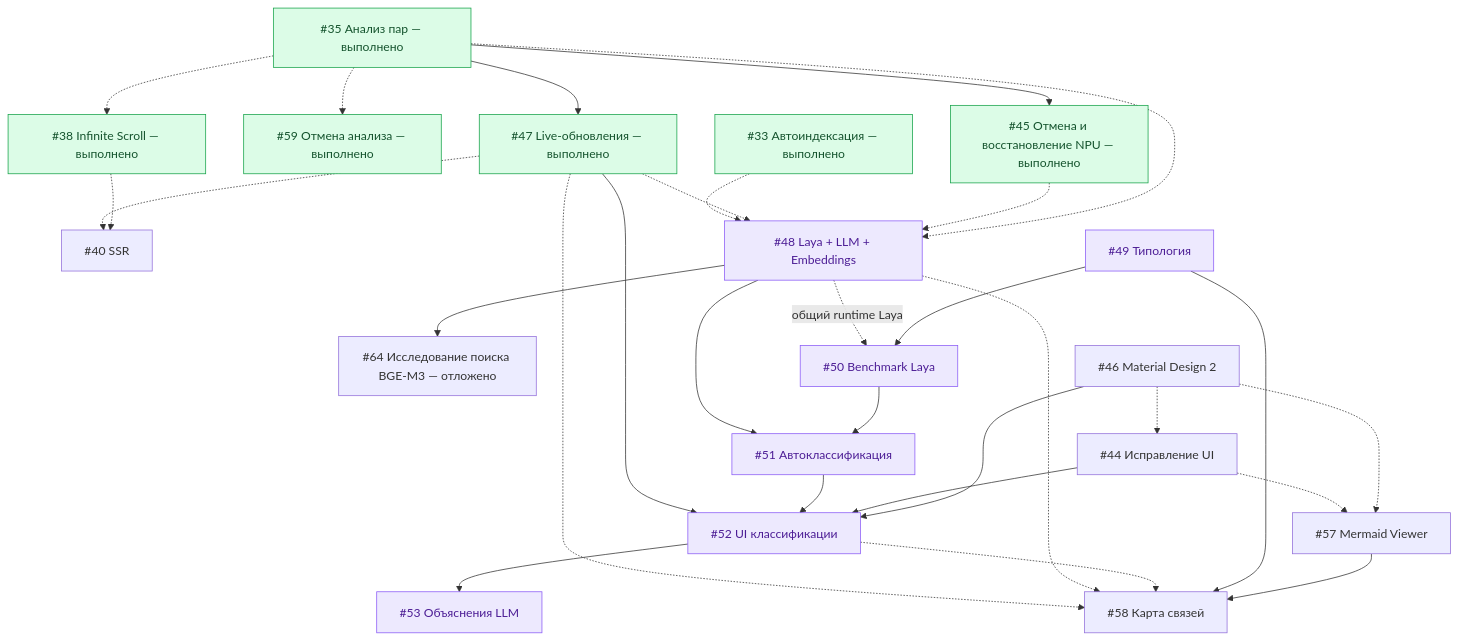
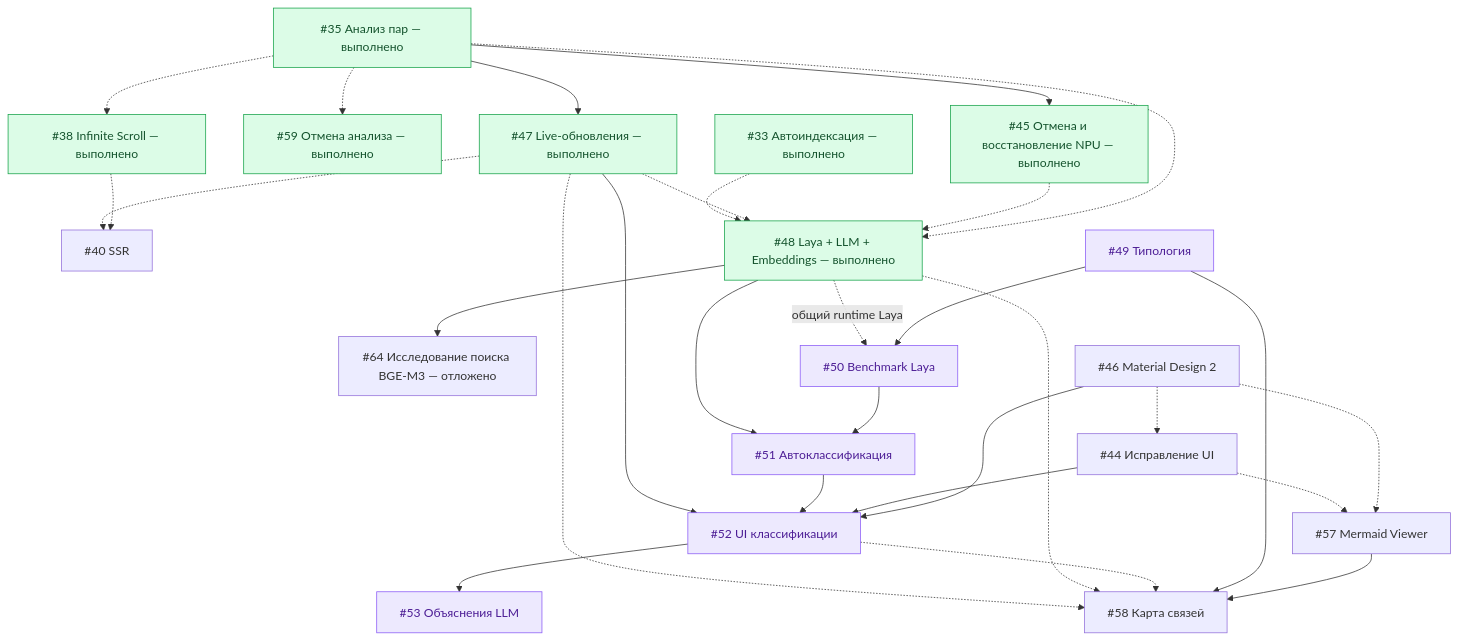
The diagram in GOAL.md (VolkovDani/project-creator), drawn with Mermaid before and after one commit. The commit also changed other lines of this file and 11 other files, not shown here.

````diff
--- a/GOAL.md
+++ b/GOAL.md
@@ -239,45 +245,45 @@
 ```mermaid
 flowchart TD
     A["#35 Анализ пар — выполнено"]
     A --> B["#45 Отмена и восстановление NPU — выполнено"]
     A -.-> S["#59 Отмена анализа — выполнено"]
     A --> D["#47 Live-обновления — выполнено"]
     A -.-> G["#38 Infinite Scroll — выполнено"]
 
     G -.-> H["#40 SSR"]
     D -.-> H
 
     F["#33 Автоиндексация — выполнено"]
 
-    A -.-> I["#48 Laya + LLM + Embeddings"]
+    A -.-> I["#48 Laya + LLM + Embeddings — выполнено"]
     B -.-> I
     D -.-> I
     F -.-> I
     I --> T["#64 Исследование поиска BGE-M3 — отложено"]
 
     J["#49 Типология"] --> K["#50 Benchmark Laya"]
     I -.->|"общий runtime Laya"| K
     K --> L["#51 Автоклассификация"]
     I --> L
 
     M["#46 Material Design 2"] -.-> N["#44 Исправление UI"]
     M --> O["#52 UI классификации"]
     N --> O
     L --> O
     D --> O
 
     O --> P["#53 Объяснения LLM"]
 
     Q["#57 Mermaid Viewer"] --> R["#58 Карта связей"]
     J --> R
     O -.-> R
     I -.-> R
     D -.-> R
     M -.-> Q
     N -.-> Q
 
     classDef main fill:#dcfce7,stroke:#16a34a,color:#14532d
     classDef ai fill:#ede9fe,stroke:#8b5cf6,color:#4c1d95
-    class A,B,G,F,S,D main
-    class I,J,K,L,O,P ai
+    class A,B,G,F,S,D,I main
+    class J,K,L,O,P ai
 ```
````
